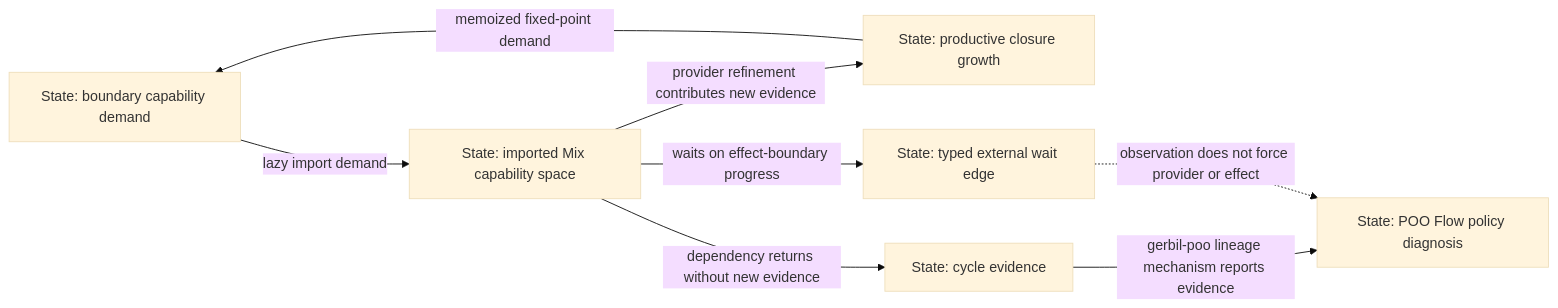
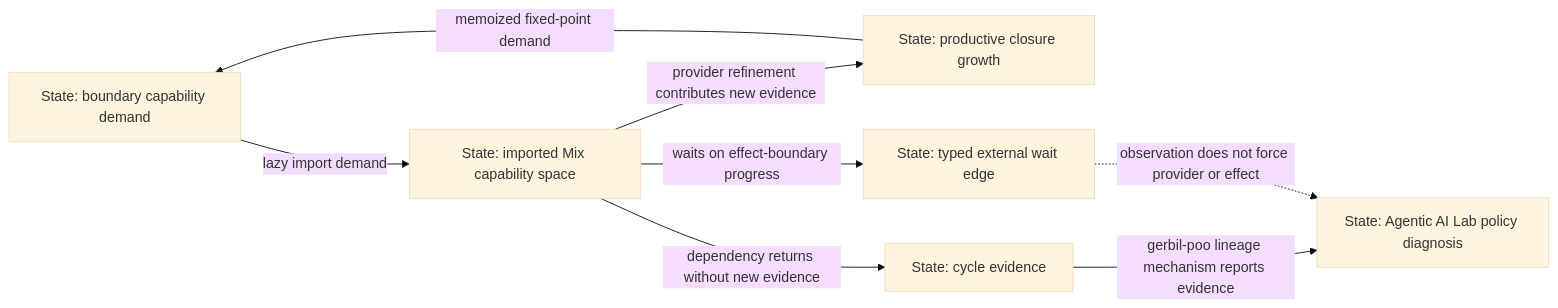
One commit to tao3k/gebril-yuanxu changed the second of 3 diagrams in module-system/design/45-10-provider-runtime-search-closure.org. Above: the diagram before and after it, drawn with Mermaid (base theme). The commit also changed other lines of this file and 507 other files, not shown here.

```diff
--- a/module-system/design/45-10-provider-runtime-search-closure.org
+++ b/module-system/design/45-10-provider-runtime-search-closure.org
@@ -139,10 +139,10 @@
 #+begin_src mermaid
 flowchart LR
   B["State: boundary capability demand"] -->|"lazy import demand"| I["State: imported Mix capability space"]
   I -->|"provider refinement contributes new evidence"| P["State: productive closure growth"]
   P -->|"memoized fixed-point demand"| B
   I -->|"dependency returns without new evidence"| C["State: cycle evidence"]
   I -->|"waits on effect-boundary progress"| W["State: typed external wait edge"]
-  C -->|"gerbil-poo lineage mechanism reports evidence"| D["State: POO Flow policy diagnosis"]
+  C -->|"gerbil-poo lineage mechanism reports evidence"| D["State: Agentic AI Lab policy diagnosis"]
   W -.->|"observation does not force provider or effect"| D
 #+end_src
```
